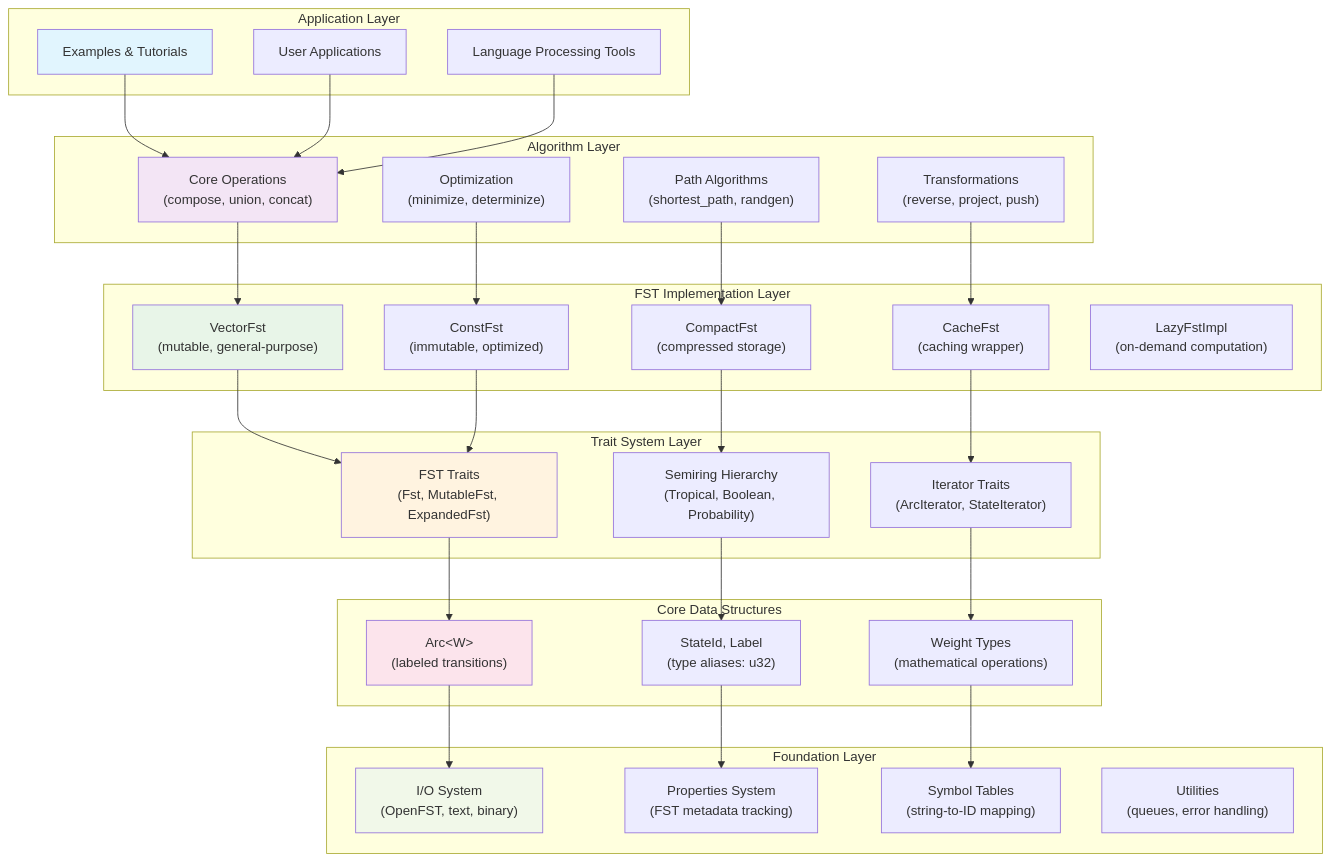
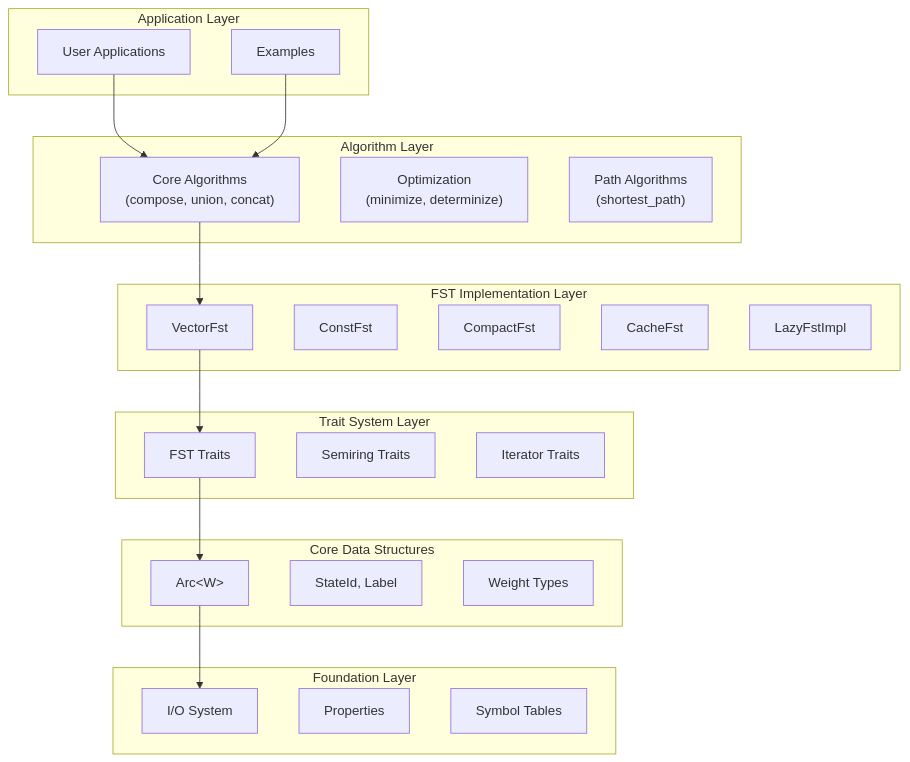
Before and after one commit to aaronstevenwhite/arcweight: the diagram in docs/architecture/system-architecture.md, drawn with Mermaid. The commit also changed other lines of this file and 39 other files, not shown here.

````diff
--- a/docs/architecture/system-architecture.md
+++ b/docs/architecture/system-architecture.md
@@ -9,71 +9,46 @@
 ```mermaid
 graph TB
     subgraph "Application Layer"
-        A1["Examples & Tutorials"]
-        A2["User Applications"]
-        A3["Language Processing Tools"]
+        A1["User Applications"]
+        A2["Examples"]
     end
     
     subgraph "Algorithm Layer"
-        B1["Core Operations<br/>(compose, union, concat)"]
+        B1["Core Algorithms<br/>(compose, union, concat)"]
         B2["Optimization<br/>(minimize, determinize)"]
-        B3["Path Algorithms<br/>(shortest_path, randgen)"]
-        B4["Transformations<br/>(reverse, project, push)"]
+        B3["Path Algorithms<br/>(shortest_path)"]
     end
     
     subgraph "FST Implementation Layer"
-        C1["VectorFst<br/>(mutable, general-purpose)"]
-        C2["ConstFst<br/>(immutable, optimized)"]
-        C3["CompactFst<br/>(compressed storage)"]
-        C4["CacheFst<br/>(caching wrapper)"]
-        C5["LazyFstImpl<br/>(on-demand computation)"]
+        C1["VectorFst"]
+        C2["ConstFst"]
+        C3["CompactFst"]
+        C4["CacheFst"]
+        C5["LazyFstImpl"]
     end
     
     subgraph "Trait System Layer"
-        D1["FST Traits<br/>(Fst, MutableFst, ExpandedFst)"]
-        D2["Semiring Hierarchy<br/>(Tropical, Boolean, Probability)"]
-        D3["Iterator Traits<br/>(ArcIterator, StateIterator)"]
+        D1["FST Traits"]
+        D2["Semiring Traits"]
+        D3["Iterator Traits"]
     end
     
     subgraph "Core Data Structures"
-        E1["Arc&lt;W&gt;<br/>(labeled transitions)"]
-        E2["StateId, Label<br/>(type aliases: u32)"]
-        E3["Weight Types<br/>(mathematical operations)"]
+        E1["Arc&lt;W&gt;"]
+        E2["StateId, Label"]
+        E3["Weight Types"]
     end
     
     subgraph "Foundation Layer"
-        F1["I/O System<br/>(OpenFST, text, binary)"]
-        F2["Properties System<br/>(FST metadata tracking)"]
-        F3["Symbol Tables<br/>(string-to-ID mapping)"]
-        F4["Utilities<br/>(queues, error handling)"]
+        F1["I/O System"]
+        F2["Properties"]
+        F3["Symbol Tables"]
     end
     
     A1 --> B1
     A2 --> B1
-    A3 --> B1
-    
     B1 --> C1
-    B2 --> C2
-    B3 --> C3
-    B4 --> C4
-    
     C1 --> D1
-    C2 --> D1
-    C3 --> D2
-    C4 --> D3
-    
     D1 --> E1
-    D2 --> E2
-    D3 --> E3
-    
     E1 --> F1
-    E2 --> F2
-    E3 --> F3
-    
-    style A1 fill:#e1f5fe
-    style B1 fill:#f3e5f5
-    style C1 fill:#e8f5e8
-    style D1 fill:#fff3e0
-    style E1 fill:#fce4ec
-    style F1 fill:#f1f8e9
 ```
````
